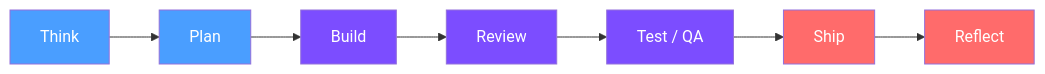
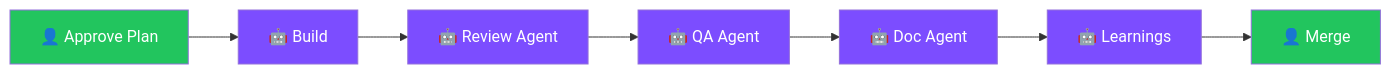
One commit to ychua/right-hooks changed the first of 2 diagrams in README.md. Above: the diagram before and after it, drawn with Mermaid. The commit also changed other lines of this file, not shown here.

First line of the commit message:
docs: reframe README around autonomous agent runs (#12)

````diff
--- a/README.md
+++ b/README.md
@@ -71,17 +99,17 @@
 ```mermaid
 graph LR
-    T[Think] --> P[Plan]
-    P --> B[Build]
-    B --> R[Review]
-    R --> Q[Test / QA]
-    Q --> S[Ship]
-    S --> Re[Reflect]
+    T["👤 Approve Plan"] --> B["🤖 Build"]
+    B --> R["🤖 Review Agent"]
+    R --> Q["🤖 QA Agent"]
+    Q --> D["🤖 Doc Agent"]
+    D --> L["🤖 Learnings"]
+    L --> M["👤 Merge"]
 
-    style T fill:#4a9eff,color:#fff
-    style P fill:#4a9eff,color:#fff
+    style T fill:#22c55e,color:#fff
     style B fill:#7c4dff,color:#fff
     style R fill:#7c4dff,color:#fff
     style Q fill:#7c4dff,color:#fff
-    style S fill:#ff6b6b,color:#fff
-    style Re fill:#ff6b6b,color:#fff
+    style D fill:#7c4dff,color:#fff
+    style L fill:#7c4dff,color:#fff
+    style M fill:#22c55e,color:#fff
 ```
````
